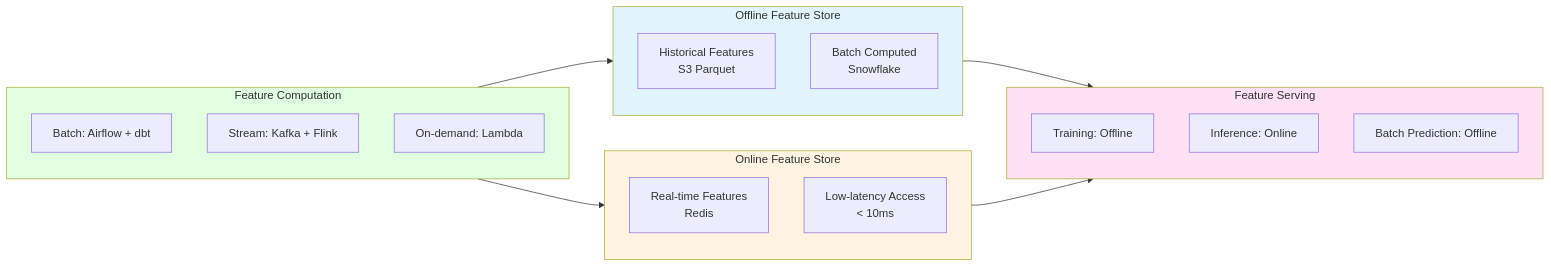
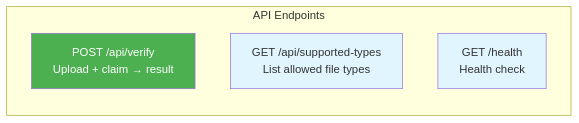
One commit to Krish-Om/contradiction-detection-system changed the sixth of 8 diagrams in docs/02_technical_architecture.md. Above: the diagram before and after it, drawn with Mermaid. The commit also changed other lines of this file and 5 other files, not shown here.

````diff
--- a/docs/02_technical_architecture.md
+++ b/docs/02_technical_architecture.md
@@ -680,34 +856,12 @@
 ```mermaid
 graph LR
-    subgraph Offline["Offline Feature Store"]
-        O1[Historical Features<br/>S3 Parquet]
-        O2[Batch Computed<br/>Snowflake]
+    subgraph Endpoints["API Endpoints"]
+        E1["POST /api/verify<br/>Upload + claim → result"]
+        E2["GET /api/supported-types<br/>List allowed file types"]
+        E3["GET /health<br/>Health check"]
     end
-    
-    subgraph Online["Online Feature Store"]
-        ON1[Real-time Features<br/>Redis]
-        ON2[Low-latency Access<br/>< 10ms]
-    end
-    
-    subgraph Compute["Feature Computation"]
-        C1[Batch: Airflow + dbt]
-        C2[Stream: Kafka + Flink]
-        C3[On-demand: Lambda]
-    end
-    
-    subgraph Serving["Feature Serving"]
-        S1[Training: Offline]
-        S2[Inference: Online]
-        S3[Batch Prediction: Offline]
-    end
-    
-    Compute --> Offline
-    Compute --> Online
-    Offline --> Serving
-    Online --> Serving
-    
-    style Offline fill:#e1f5ff
-    style Online fill:#fff4e1
-    style Compute fill:#e1ffe1
-    style Serving fill:#ffe1f5
+
+    style E1 fill:#4caf50,color:#fff
+    style E2 fill:#e1f5ff
+    style E3 fill:#e1f5ff
 ```
````
